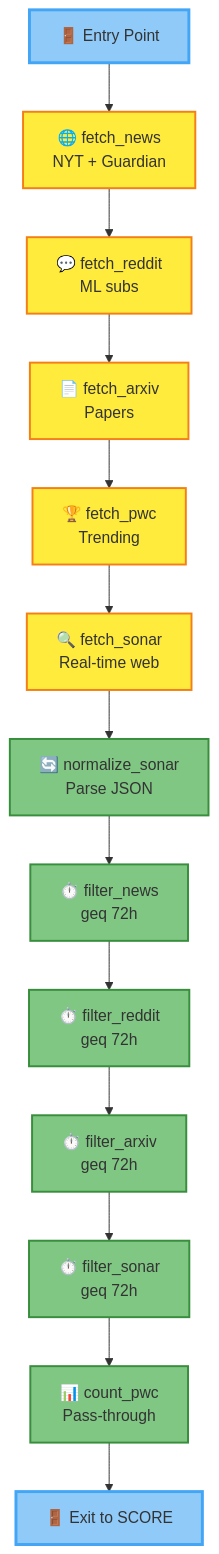
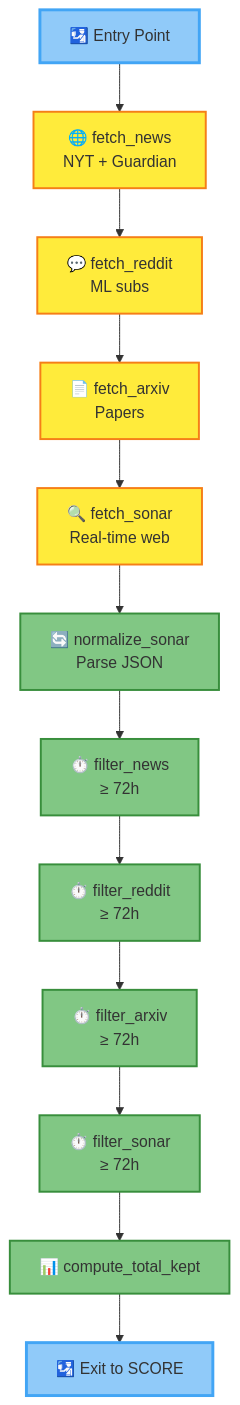
The diagram in workers/ai_curation/visualization/subgraph_COLLECT.mmd (FranckDubray/dragonfly-mcp-server), drawn with Mermaid before and after one commit. The commit also changed 70 other files, not shown here.

```diff
--- a/workers/ai_curation/visualization/subgraph_COLLECT.mmd
+++ b/workers/ai_curation/visualization/subgraph_COLLECT.mmd
@@ -1,41 +1,39 @@
 graph TB
-  entry[🚪 Entry Point]
+  entry[🛂 Entry Point]
   
   fetch_news[🌐 fetch_news<br>NYT + Guardian]
   fetch_reddit[💬 fetch_reddit<br>ML subs]
   fetch_arxiv[📄 fetch_arxiv<br>Papers]
-  fetch_pwc[🏆 fetch_pwc<br>Trending]
   fetch_sonar[🔍 fetch_sonar<br>Real-time web]
   
   normalize_sonar[🔄 normalize_sonar<br>Parse JSON]
   
-  filter_news[⏱️ filter_news<br>geq 72h]
-  filter_reddit[⏱️ filter_reddit<br>geq 72h]
-  filter_arxiv[⏱️ filter_arxiv<br>geq 72h]
-  filter_sonar[⏱️ filter_sonar<br>geq 72h]
+  filter_news[⏱️ filter_news<br>≥ 72h]
+  filter_reddit[⏱️ filter_reddit<br>≥ 72h]
+  filter_arxiv[⏱️ filter_arxiv<br>≥ 72h]
+  filter_sonar[⏱️ filter_sonar<br>≥ 72h]
   
-  count_pwc[📊 count_pwc<br>Pass-through]
-  exit[🚪 Exit to SCORE]
+  compute_total[📊 compute_total_kept]
+  exit[🛂 Exit to SCORE]
   
   entry-->fetch_news
   fetch_news-->fetch_reddit
   fetch_reddit-->fetch_arxiv
-  fetch_arxiv-->fetch_pwc
-  fetch_pwc-->fetch_sonar
+  fetch_arxiv-->fetch_sonar
   fetch_sonar-->normalize_sonar
   normalize_sonar-->filter_news
   filter_news-->filter_reddit
   filter_reddit-->filter_arxiv
   filter_arxiv-->filter_sonar
-  filter_sonar-->count_pwc
-  count_pwc-->exit
+  filter_sonar-->compute_total
+  compute_total-->exit
   
   class entry entryNode
   class exit exitNode
-  class fetch_news,fetch_reddit,fetch_arxiv,fetch_pwc,fetch_sonar ioNode
-  class normalize_sonar,filter_news,filter_reddit,filter_arxiv,filter_sonar,count_pwc transformNode
+  class fetch_news,fetch_reddit,fetch_arxiv,fetch_sonar ioNode
+  class normalize_sonar,filter_news,filter_reddit,filter_arxiv,filter_sonar,compute_total transformNode
   
   classDef entryNode fill:#90CAF9,stroke:#42A5F5,stroke-width:3px
   classDef exitNode fill:#90CAF9,stroke:#42A5F5,stroke-width:3px
   classDef ioNode fill:#FFEB3B,stroke:#F57F17,stroke-width:2px
   classDef transformNode fill:#81C784,stroke:#388E3C,stroke-width:2px
```
